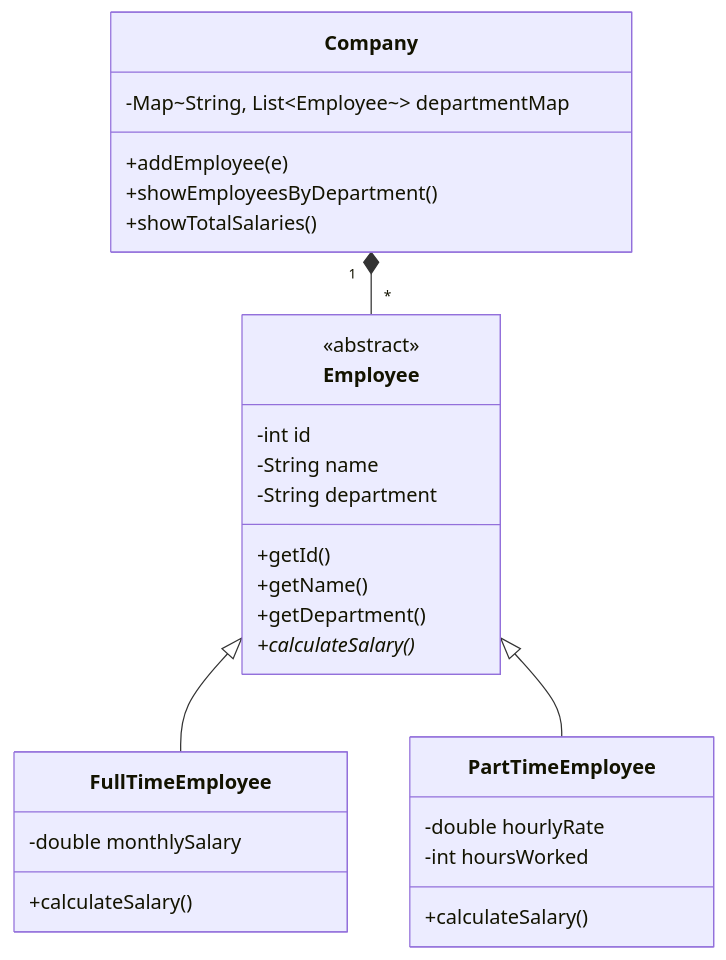
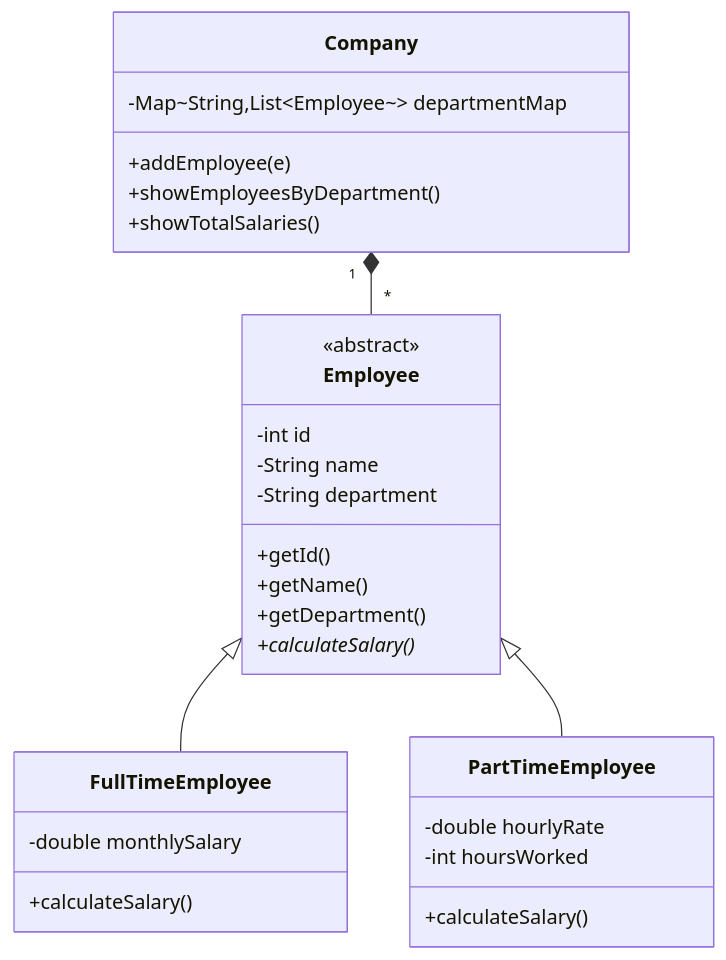
One commit to srimani-ravikumar/interview-prep changed the diagram in OOP/2_Problems_Solving_Using_OOP/Medium/Employee_Management_System/EmployeeManagementSystem.md. Above: the diagram before and after it, drawn with Mermaid.

````diff
--- a/OOP/2_Problems_Solving_Using_OOP/Medium/Employee_Management_System/EmployeeManagementSystem.md
+++ b/OOP/2_Problems_Solving_Using_OOP/Medium/Employee_Management_System/EmployeeManagementSystem.md
@@ -1,38 +1,38 @@
 ```mermaid
 
 classDiagram
     class Employee {
         <<abstract>>
         -int id
         -String name
         -String department
         +getId()
         +getName()
         +getDepartment()
         +calculateSalary()*
     }
 
     class FullTimeEmployee {
         -double monthlySalary
         +calculateSalary()
     }
 
     class PartTimeEmployee {
         -double hourlyRate
         -int hoursWorked
         +calculateSalary()
     }
 
     class Company {
-        -Map~String, List~Employee~~ departmentMap
+        -Map~String,List~Employee~~ departmentMap
         +addEmployee(e)
         +showEmployeesByDepartment()
         +showTotalSalaries()
     }
 
     Employee <|-- FullTimeEmployee
     Employee <|-- PartTimeEmployee
 
     Company "1" *-- "*" Employee
 
 ```
````
